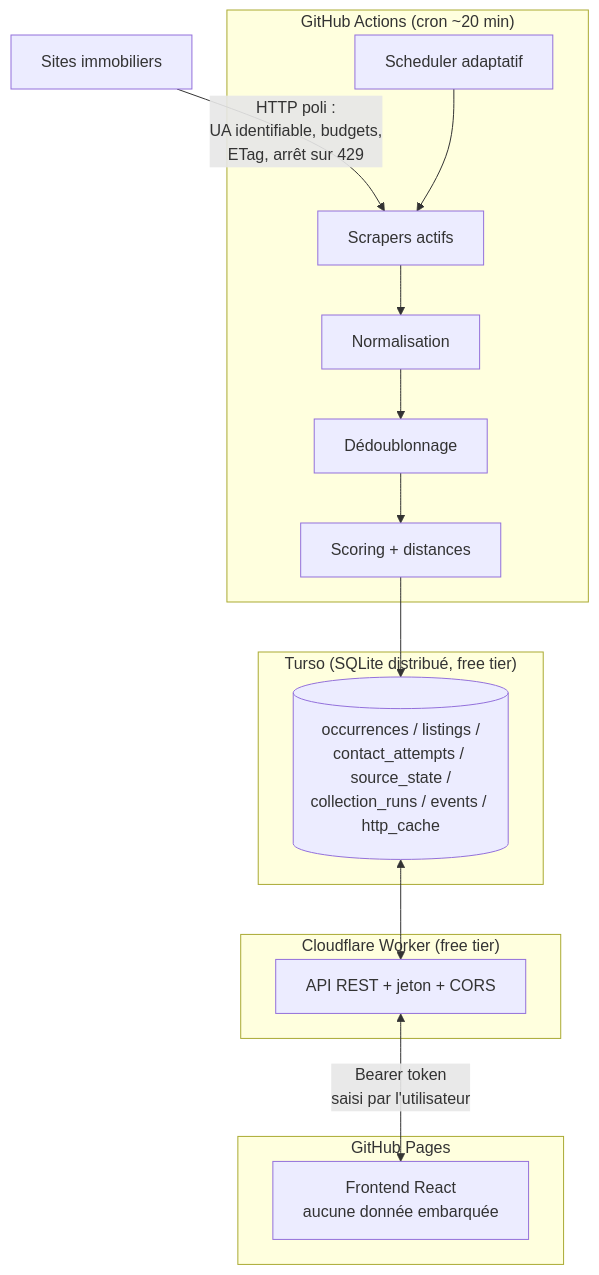
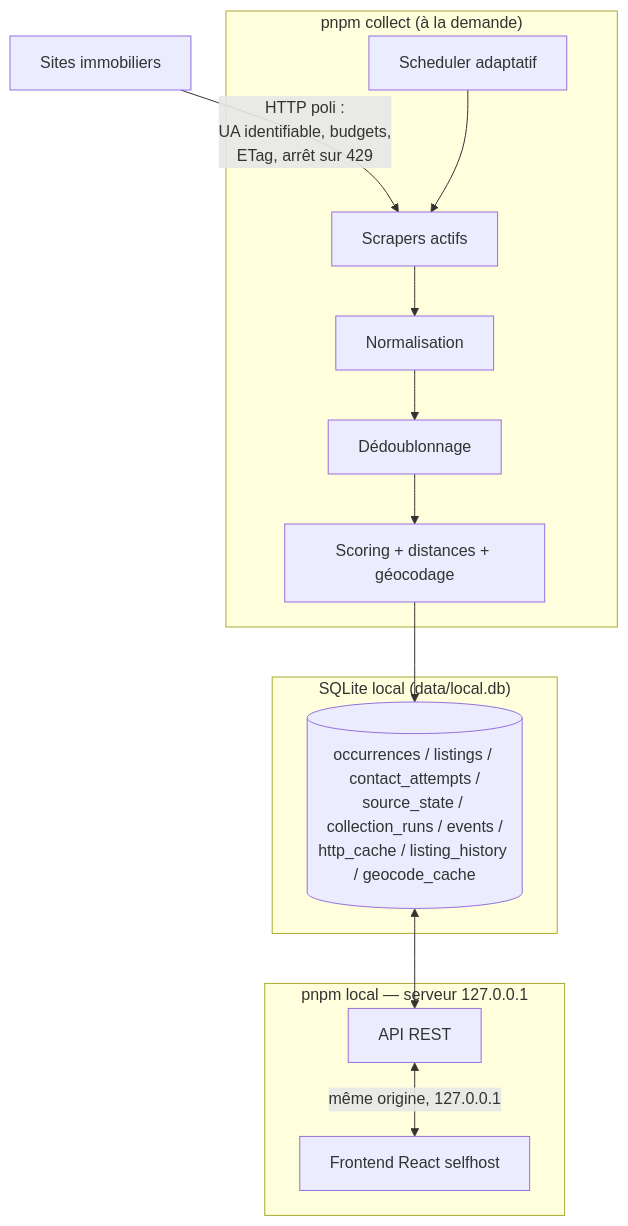
Before and after one commit to WizyxGH/RentFinder: the diagram in docs/architecture.md, drawn with Mermaid. The commit also changed other lines of this file and 33 other files, not shown here.

````diff
--- a/docs/architecture.md
+++ b/docs/architecture.md
@@ -8,27 +8,24 @@
 ```mermaid
 flowchart TB
-    subgraph GitHub["GitHub Actions (cron ~20 min)"]
+    subgraph Collect["pnpm collect (à la demande)"]
         SCHED[Scheduler adaptatif]
         SCRAP[Scrapers actifs]
         NORM[Normalisation]
         DEDUP[Dédoublonnage]
-        SCORE[Scoring + distances]
+        SCORE[Scoring + distances + géocodage]
     end
 
-    subgraph Turso["Turso (SQLite distribué, free tier)"]
-        DB[(occurrences / listings /<br/>contact_attempts / source_state /<br/>collection_runs / events / http_cache)]
+    subgraph DBLayer["SQLite local (data/local.db)"]
+        DB[(occurrences / listings / contact_attempts /<br/>source_state / collection_runs / events /<br/>http_cache / listing_history / geocode_cache)]
     end
 
-    subgraph CF["Cloudflare Worker (free tier)"]
-        API[API REST + jeton + CORS]
-    end
-
-    subgraph Pages["GitHub Pages"]
-        FE[Frontend React<br/>aucune donnée embarquée]
+    subgraph Serve["pnpm local — serveur 127.0.0.1"]
+        API[API REST]
+        FE[Frontend React selfhost]
     end
 
     SITES[Sites immobiliers] -->|HTTP poli :<br/>UA identifiable, budgets,<br/>ETag, arrêt sur 429| SCRAP
     SCHED --> SCRAP --> NORM --> DEDUP --> SCORE --> DB
     DB <--> API
-    API <-->|Bearer token<br/>saisi par l'utilisateur| FE
+    API <-->|même origine, 127.0.0.1| FE
 ```
````
